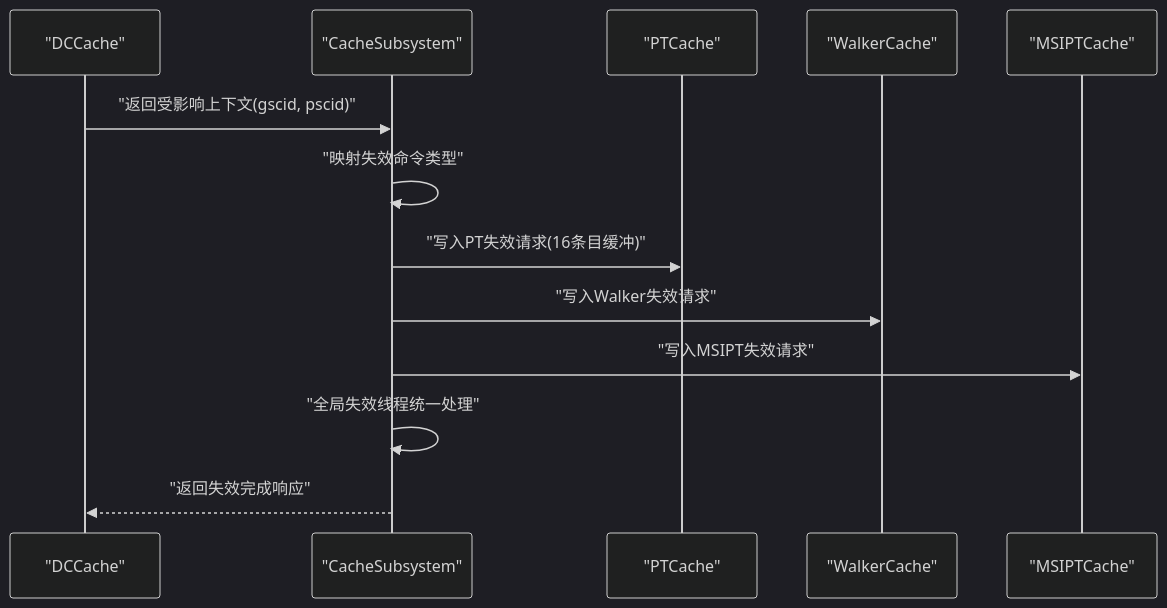
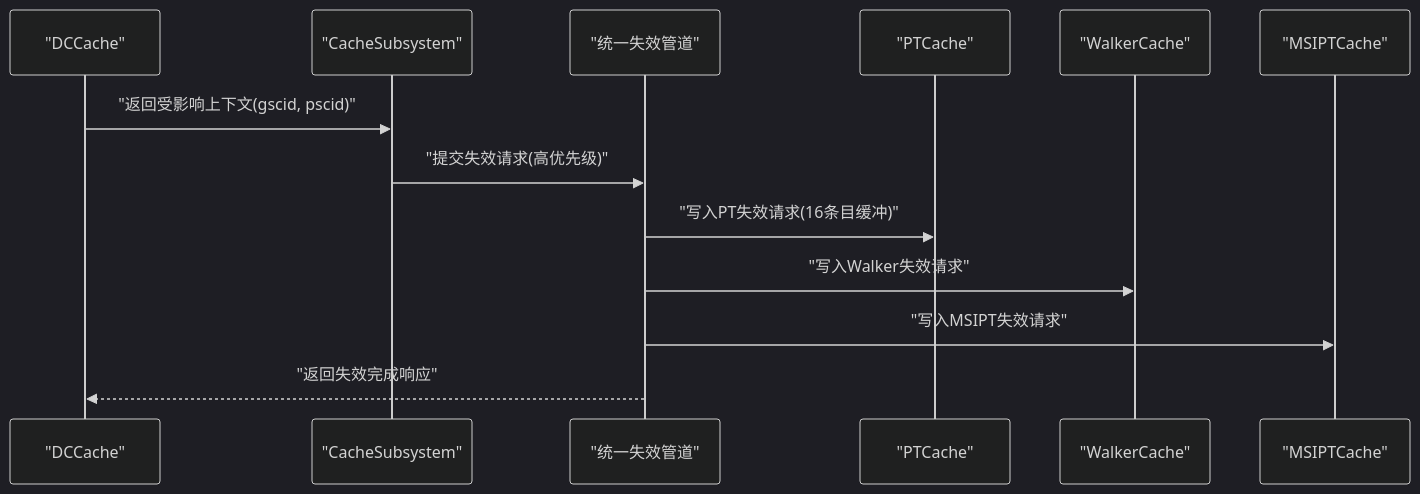
Before and after one commit to jiangjiang1122/iommu_model_20260401_v1: the eighth of 10 diagrams in .qoder/repowiki/zh/content/缓存系统/缓存子系统概览.md, drawn with Mermaid (dark theme). The commit also changed other lines of this file and 186 other files, not shown here.

````diff
--- a/.qoder/repowiki/zh/content/缓存系统/缓存子系统概览.md
+++ b/.qoder/repowiki/zh/content/缓存系统/缓存子系统概览.md
@@ -265,15 +405,15 @@
 ```mermaid
 sequenceDiagram
 participant DC as "DCCache"
 participant CS as "CacheSubsystem"
+participant Unified_Pipeline as "统一失效管道"
 participant PT as "PTCache"
 participant WLK as "WalkerCache"
 participant MSI as "MSIPTCache"
 DC->>CS : "返回受影响上下文(gscid, pscid)"
-CS->>CS : "映射失效命令类型"
-CS->>PT : "写入PT失效请求(16条目缓冲)"
-CS->>WLK : "写入Walker失效请求"
-CS->>MSI : "写入MSIPT失效请求"
-CS->>CS : "全局失效线程统一处理"
-CS-->>DC : "返回失效完成响应"
+CS->>Unified_Pipeline : "提交失效请求(高优先级)"
+Unified_Pipeline->>PT : "写入PT失效请求(16条目缓冲)"
+Unified_Pipeline->>WLK : "写入Walker失效请求"
+Unified_Pipeline->>MSI : "写入MSIPT失效请求"
+Unified_Pipeline-->>DC : "返回失效完成响应"
 ```
````
